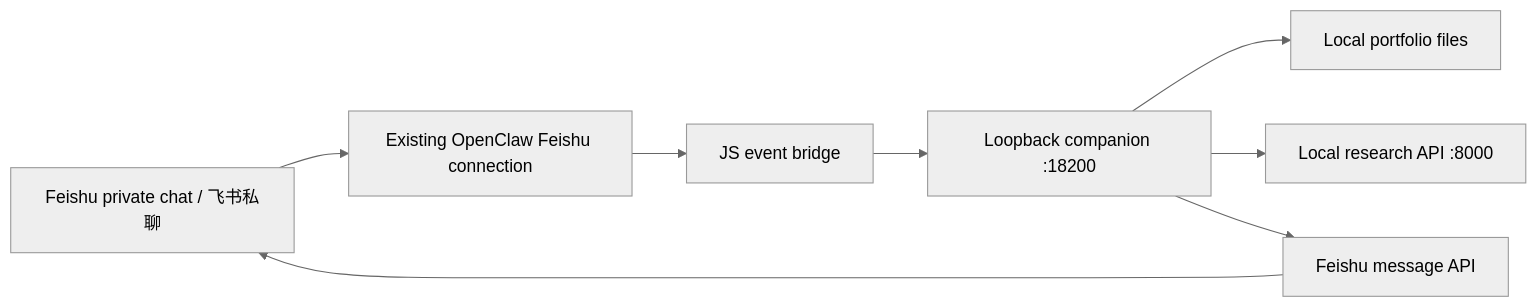
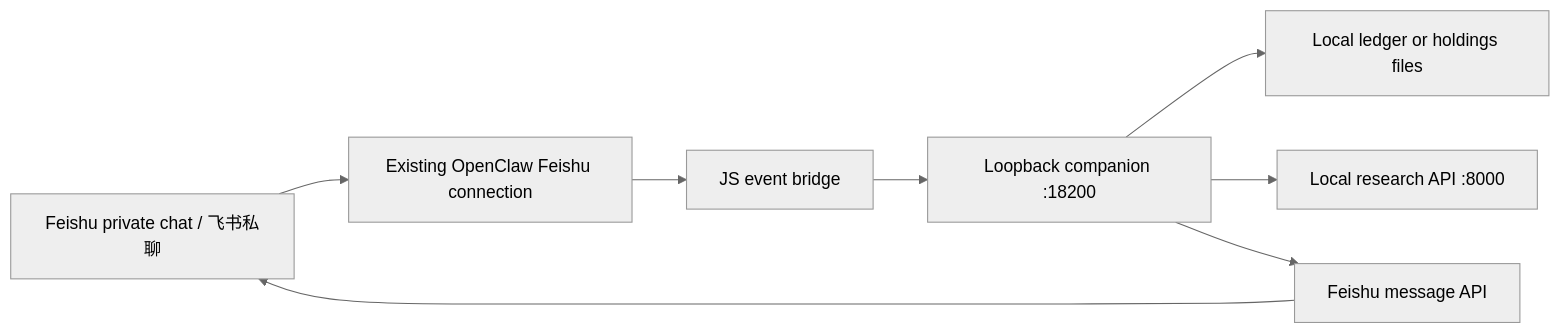
Before and after one commit to Stepuuu/portfolio-daily-tracker: the diagram in docs/FEISHU_WORKBENCH.md, drawn with Mermaid (neutral theme). The commit also changed other lines of this file and 21 other files, not shown here.

````diff
--- a/docs/FEISHU_WORKBENCH.md
+++ b/docs/FEISHU_WORKBENCH.md
@@ -29,10 +31,10 @@
 ```mermaid
 flowchart LR
     A[Feishu private chat / 飞书私聊] --> B[Existing OpenClaw Feishu connection]
     B --> C[JS event bridge]
     C --> D[Loopback companion :18200]
-    D --> E[Local portfolio files]
+    D --> E[Local ledger or holdings files]
     D --> F[Local research API :8000]
     D --> G[Feishu message API]
     G --> A
 ```
````
